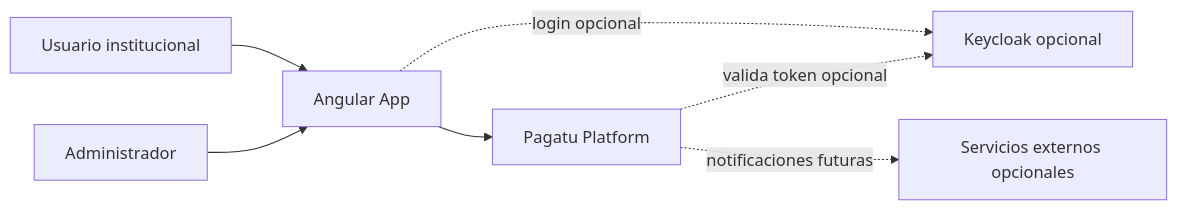
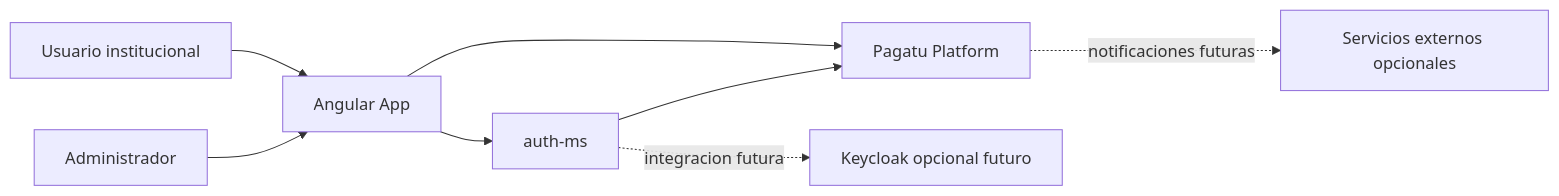
The first of 5 diagrams in README.md (262dist/pagatu), drawn with Mermaid before and after one commit. The commit also changed other lines of this file and 1 other file, not shown here.

````diff
--- a/README.md
+++ b/README.md
@@ -38,16 +39,18 @@
 ```mermaid
 flowchart LR
     usuario[Usuario institucional]
     admin[Administrador]
     angular[Angular App]
     pagatu[Pagatu Platform]
-    keycloak[Keycloak opcional]
+    auth[auth-ms]
+    keycloak[Keycloak opcional futuro]
     correo[Servicios externos opcionales]
 
     usuario --> angular
     admin --> angular
     angular --> pagatu
-    angular -. login opcional .-> keycloak
-    pagatu -. valida token opcional .-> keycloak
+    angular --> auth
+    auth --> pagatu
+    auth -. integracion futura .-> keycloak
     pagatu -. notificaciones futuras .-> correo
 ```
````
